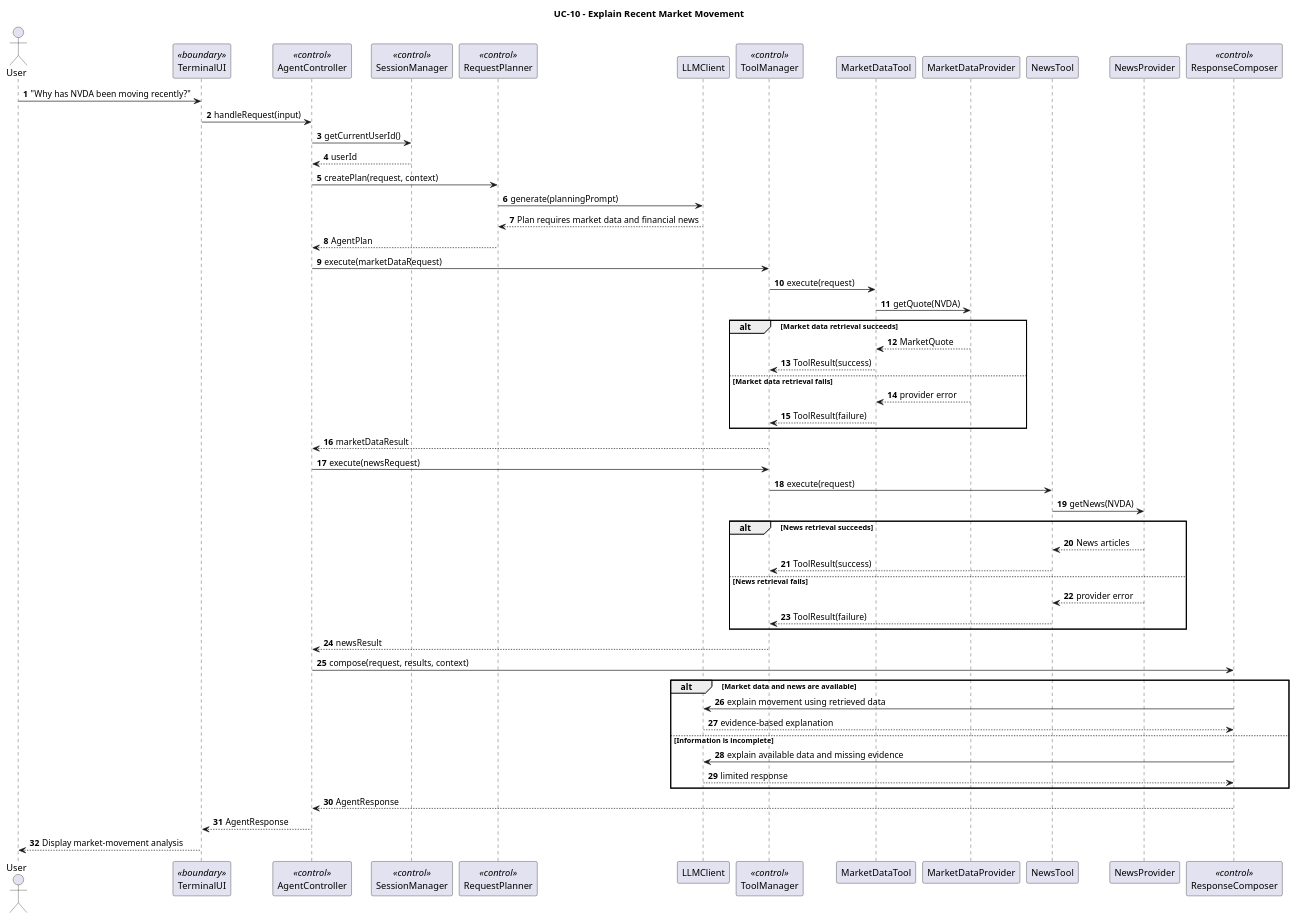
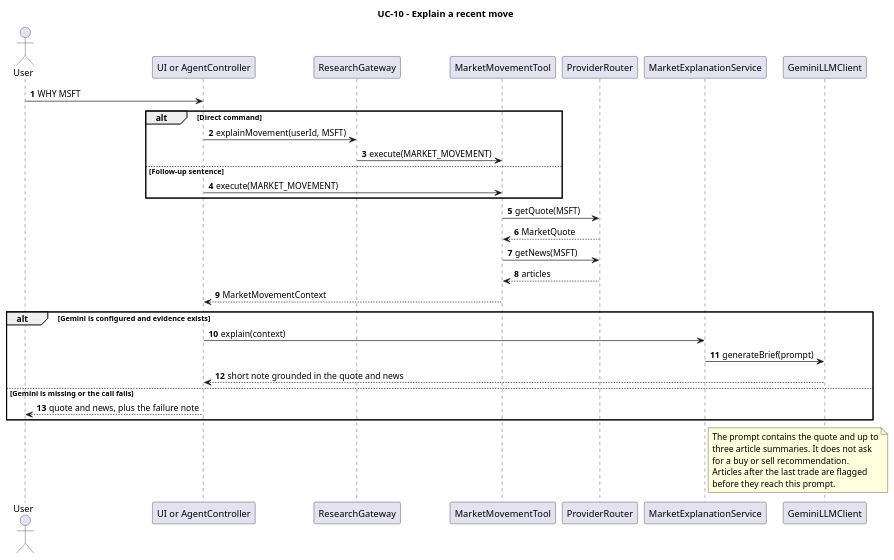
One commit to xAssasinSoulx/market-intelligence-agent changed the diagram in docs/uml/sequence-market-movement.puml. Above: the diagram before and after it, drawn with PlantUML. The commit also changed 27 other files, not shown here.

First line of the commit message:
docs: record the Stage 2 implementation in the report and diagrams

```diff
--- a/docs/uml/sequence-market-movement.puml
+++ b/docs/uml/sequence-market-movement.puml
@@ -1,73 +1,44 @@
 @startuml
-title UC-10 - Explain Recent Market Movement
+title UC-10 - Explain a recent move
 
 autonumber
 
 actor User
+participant "UI or AgentController" as Entry
+participant ResearchGateway
+participant MarketMovementTool
+participant ProviderRouter
+participant MarketExplanationService
+participant GeminiLLMClient
 
-participant TerminalUI <<boundary>>
-participant AgentController <<control>>
-participant SessionManager <<control>>
-participant RequestPlanner <<control>>
-participant LLMClient
-participant ToolManager <<control>>
-participant MarketDataTool
-participant MarketDataProvider
-participant NewsTool
-participant NewsProvider
-participant ResponseComposer <<control>>
-
-User -> TerminalUI : "Why has NVDA been moving recently?"
-TerminalUI -> AgentController : handleRequest(input)
-
-AgentController -> SessionManager : getCurrentUserId()
-SessionManager --> AgentController : userId
-
-AgentController -> RequestPlanner : createPlan(request, context)
-RequestPlanner -> LLMClient : generate(planningPrompt)
-LLMClient --> RequestPlanner : Plan requires market data and financial news
-RequestPlanner --> AgentController : AgentPlan
-
-AgentController -> ToolManager : execute(marketDataRequest)
-ToolManager -> MarketDataTool : execute(request)
-MarketDataTool -> MarketDataProvider : getQuote(NVDA)
-
-alt Market data retrieval succeeds
-    MarketDataProvider --> MarketDataTool : MarketQuote
-    MarketDataTool --> ToolManager : ToolResult(success)
-else Market data retrieval fails
-    MarketDataProvider --> MarketDataTool : provider error
-    MarketDataTool --> ToolManager : ToolResult(failure)
+User -> Entry : WHY MSFT
+alt Direct command
+    Entry -> ResearchGateway : explainMovement(userId, MSFT)
+    ResearchGateway -> MarketMovementTool : execute(MARKET_MOVEMENT)
+else Follow-up sentence
+    Entry -> MarketMovementTool : execute(MARKET_MOVEMENT)
 end
 
-ToolManager --> AgentController : marketDataResult
+MarketMovementTool -> ProviderRouter : getQuote(MSFT)
+ProviderRouter --> MarketMovementTool : MarketQuote
+MarketMovementTool -> ProviderRouter : getNews(MSFT)
+ProviderRouter --> MarketMovementTool : articles
+MarketMovementTool --> Entry : MarketMovementContext
 
-AgentController -> ToolManager : execute(newsRequest)
-ToolManager -> NewsTool : execute(request)
-NewsTool -> NewsProvider : getNews(NVDA)
-
-alt News retrieval succeeds
-    NewsProvider --> NewsTool : News articles
-    NewsTool --> ToolManager : ToolResult(success)
-else News retrieval fails
-    NewsProvider --> NewsTool : provider error
-    NewsTool --> ToolManager : ToolResult(failure)
+alt Gemini is configured and evidence exists
+    Entry -> MarketExplanationService : explain(context)
+    MarketExplanationService -> GeminiLLMClient : generateBrief(prompt)
+    GeminiLLMClient --> Entry : short note grounded in the quote and news
+else Gemini is missing or the call fails
+    Entry --> User : quote and news, plus the failure note
 end
 
-ToolManager --> AgentController : newsResult
-
-AgentController -> ResponseComposer : compose(request, results, context)
-
-alt Market data and news are available
-    ResponseComposer -> LLMClient : explain movement using retrieved data
-    LLMClient --> ResponseComposer : evidence-based explanation
-else Information is incomplete
-    ResponseComposer -> LLMClient : explain available data and missing evidence
-    LLMClient --> ResponseComposer : limited response
-end
-
-ResponseComposer --> AgentController : AgentResponse
-AgentController --> TerminalUI : AgentResponse
-TerminalUI --> User : Display market-movement analysis
+note right of MarketExplanationService
+  The prompt contains the quote and up to
+  three article summaries. It does not ask
+  for a buy or sell recommendation.
+  Articles after the last trade are flagged
+  before they reach this prompt.
+end note
 
 @enduml
```
